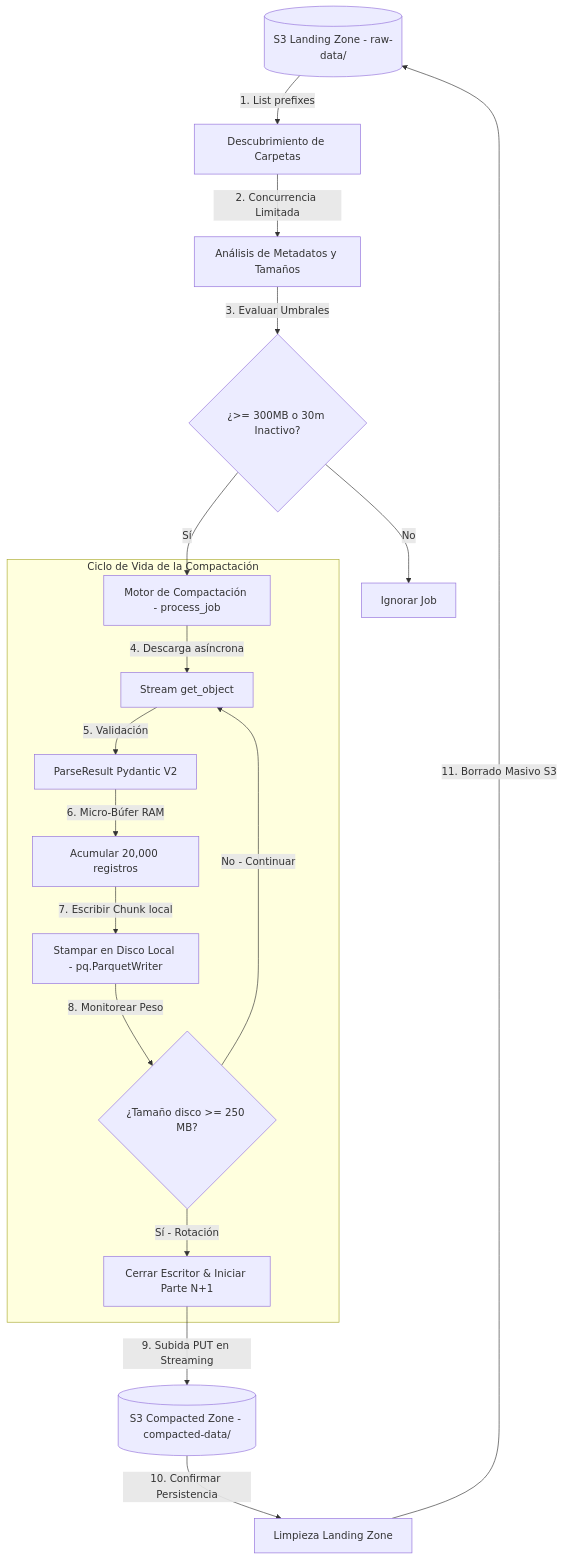
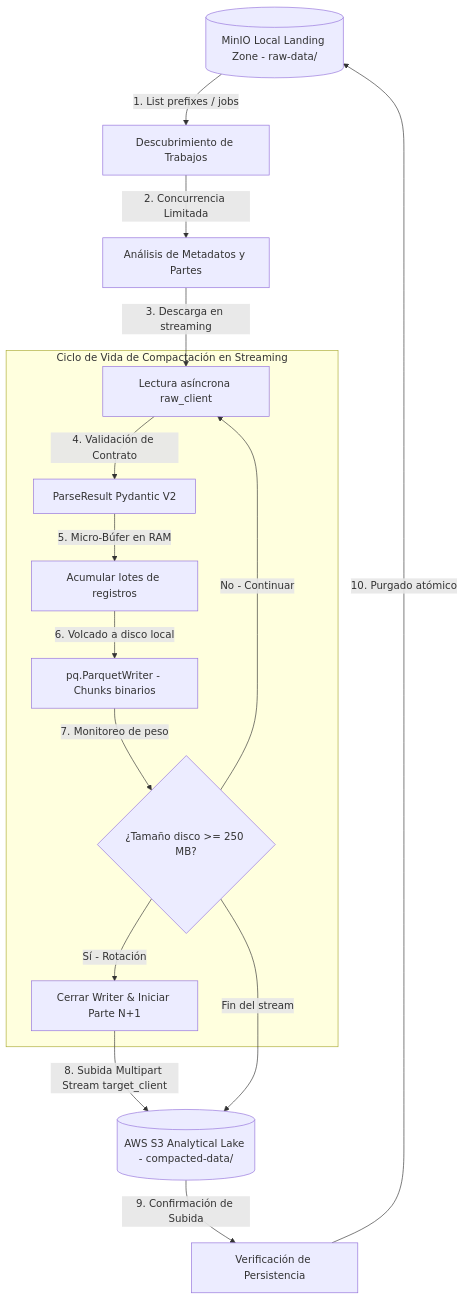
Before and after one commit to ArturoCarrilloJimenez/WebScrapingDistributed: the diagram in jobs/README.md, drawn with Mermaid. The commit also changed other lines of this file and 4 other files, not shown here.

````diff
--- a/jobs/README.md
+++ b/jobs/README.md
@@ -37,24 +40,21 @@
 ```mermaid
 graph TD
-    LandingZone[(S3 Landing Zone - raw-data/)] -->|1. List prefixes| Discovery[Descubrimiento de Carpetas]
-    Discovery -->|2. Concurrencia Limitada| Metadata[Análisis de Metadatos y Tamaños]
-    Metadata -->|3. Evaluar Umbrales| Criteria{¿>= 300MB o 30m Inactivo?}
+    LandingZone[(MinIO Local Landing Zone - raw-data/)] -->|1. List prefixes / jobs| Discovery[Descubrimiento de Trabajos]
+    Discovery -->|2. Concurrencia Limitada| Metadata[Análisis de Metadatos y Partes]
+    Metadata -->|3. Descarga en streaming| Stream[Lectura asíncrona raw_client]
     
-    Criteria -->|No| Ignore[Ignorar Job]
-    Criteria -->|Sí| Compactor[Motor de Compactación - process_job]
-    
-    subgraph Ciclo de Vida de la Compactación
-        Compactor -->|4. Descarga asíncrona| Stream[Stream get_object]
-        Stream -->|5. Validación| Validate[ParseResult Pydantic V2]
-        Validate -->|6. Micro-Búfer RAM| Buffer[Acumular 20,000 registros]
-        Buffer -->|7. Escribir Chunk local| WriteChunk[Stampar en Disco Local - pq.ParquetWriter]
-        WriteChunk -->|8. Monitorear Peso| SizeCheck{¿Tamaño disco >= 250 MB?}
-        
+    subgraph Ciclo de Vida de Compactación en Streaming
+        Stream -->|4. Validación de Contrato| Validate[ParseResult Pydantic V2]
+        Validate -->|5. Micro-Búfer en RAM| Buffer[Acumular lotes de registros]
+        Buffer -->|6. Volcado a disco local| WriteChunk[pq.ParquetWriter - Chunks binarios]
+        WriteChunk -->|7. Monitoreo de peso| SizeCheck{¿Tamaño disco >= 250 MB?}
         SizeCheck -->|No - Continuar| Stream
-        SizeCheck -->|Sí - Rotación| Flush[Cerrar Escritor & Iniciar Parte N+1]
+        SizeCheck -->|Sí - Rotación| Rotate[Cerrar Writer & Iniciar Parte N+1]
     end
     
-    Flush -->|9. Subida PUT en Streaming| CompactedZone[(S3 Compacted Zone - compacted-data/)]
-    CompactedZone -->|10. Confirmar Persistencia| Cleaner[Limpieza Landing Zone]
-    Cleaner -->|11. Borrado Masivo S3| LandingZone
+    Rotate -->|8. Subida Multipart Stream target_client| AnalyticalLake[(AWS S3 Analytical Lake - compacted-data/)]
+    SizeCheck -->|Fin del stream| AnalyticalLake
+    
+    AnalyticalLake -->|9. Confirmación de Subida| Verify[Verificación de Persistencia]
+    Verify -->|10. Purgado atómico| LandingZone
 ```
````
